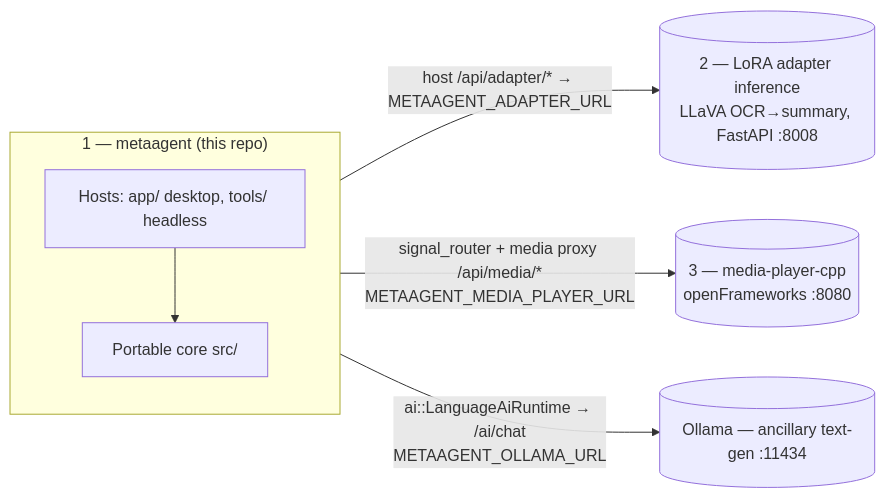
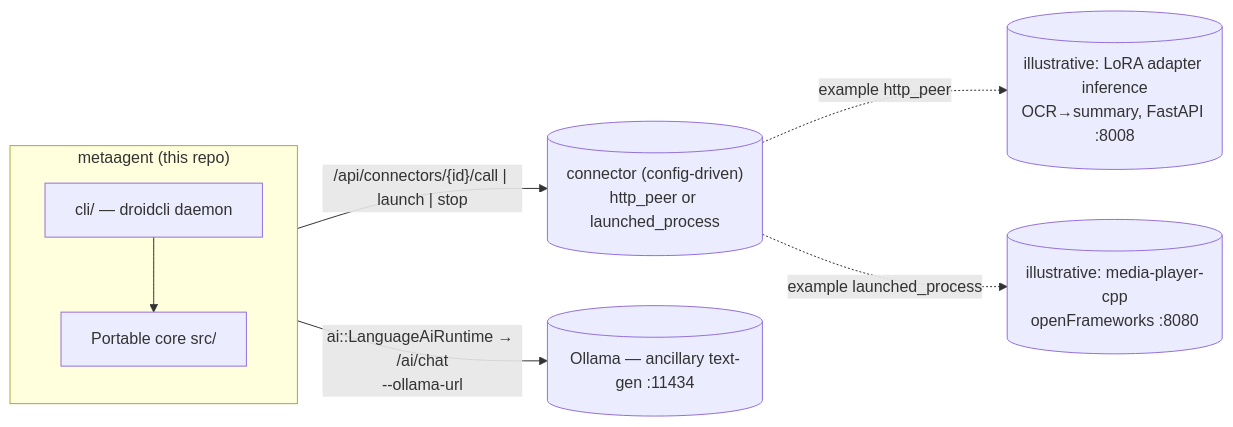
One commit to vecnode/droidcli changed the first of 3 diagrams in ARCHITECTURE.md. Above: the diagram before and after it, drawn with Mermaid. The commit also changed other lines of this file and 42 other files, not shown here.

First line of the commit message:
Replace webview desktop app with droidcli agent daemon (#20)

````diff
--- a/ARCHITECTURE.md
+++ b/ARCHITECTURE.md
@@ -18,15 +23,18 @@
 ```mermaid
 flowchart LR
-    subgraph MA["1 — metaagent (this repo)"]
+    subgraph MA["metaagent (this repo)"]
         CORE[Portable core src/]
-        HOSTS[Hosts: app/ desktop, tools/ headless]
-        HOSTS --> CORE
+        HOST[cli/ — droidcli daemon]
+        HOST --> CORE
     end
-    ADAPTER[("2 — LoRA adapter inference\nLLaVA OCR→summary, FastAPI :8008")]
-    MEDIA[("3 — media-player-cpp\nopenFrameworks :8080")]
+    CONN[("connector (config-driven)\nhttp_peer or launched_process")]
     OLLAMA[("Ollama — ancillary text-gen :11434")]
 
-    MA -->|host /api/adapter/* → METAAGENT_ADAPTER_URL| ADAPTER
-    MA -->|signal_router + media proxy /api/media/*\nMETAAGENT_MEDIA_PLAYER_URL| MEDIA
-    MA -->|ai::LanguageAiRuntime → /ai/chat\nMETAAGENT_OLLAMA_URL| OLLAMA
+    MA -->|"/api/connectors/{id}/call | launch | stop"| CONN
+    MA -->|ai::LanguageAiRuntime → /ai/chat\n--ollama-url| OLLAMA
+
+    ADAPTER[("illustrative: LoRA adapter inference\nOCR→summary, FastAPI :8008")]
+    MEDIA[("illustrative: media-player-cpp\nopenFrameworks :8080")]
+    CONN -.->|example http_peer| ADAPTER
+    CONN -.->|example launched_process| MEDIA
 ```
````
